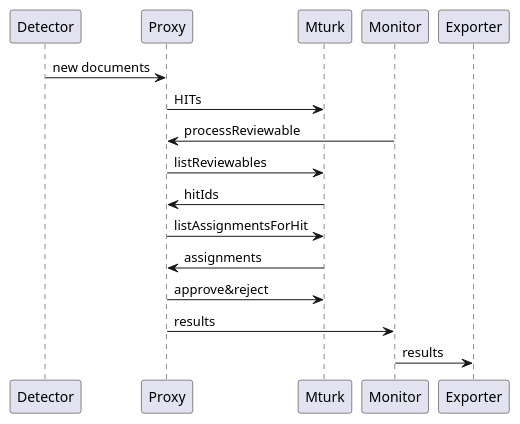
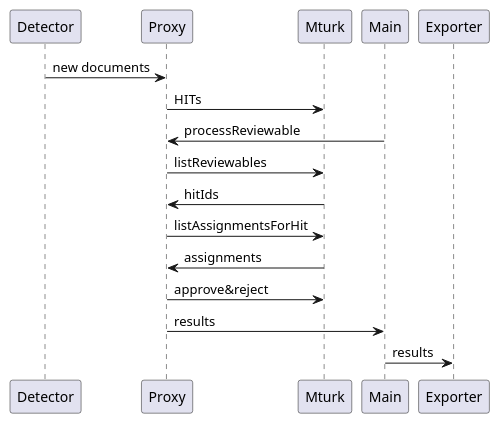
Before and after one commit to miraculis/mturk: the diagram in src/main/java/com/sumsubstance/usage.puml, drawn with PlantUML. The commit also changed 10 other files, not shown here.

```diff
--- a/src/main/java/com/sumsubstance/usage.puml
+++ b/src/main/java/com/sumsubstance/usage.puml
@@ -1,12 +1,12 @@
 @startuml
 Detector -> Proxy: new documents
 Proxy -> Mturk: HITs
-Monitor -> Proxy: processReviewable
+Main -> Proxy: processReviewable
 Proxy -> Mturk: listReviewables
 Mturk -> Proxy: hitIds
 Proxy -> Mturk: listAssignmentsForHit
 Mturk -> Proxy: assignments
 Proxy -> Mturk: approve&reject
-Proxy -> Monitor: results
-Monitor -> Exporter: results
+Proxy -> Main: results
+Main -> Exporter: results
 @enduml
```
